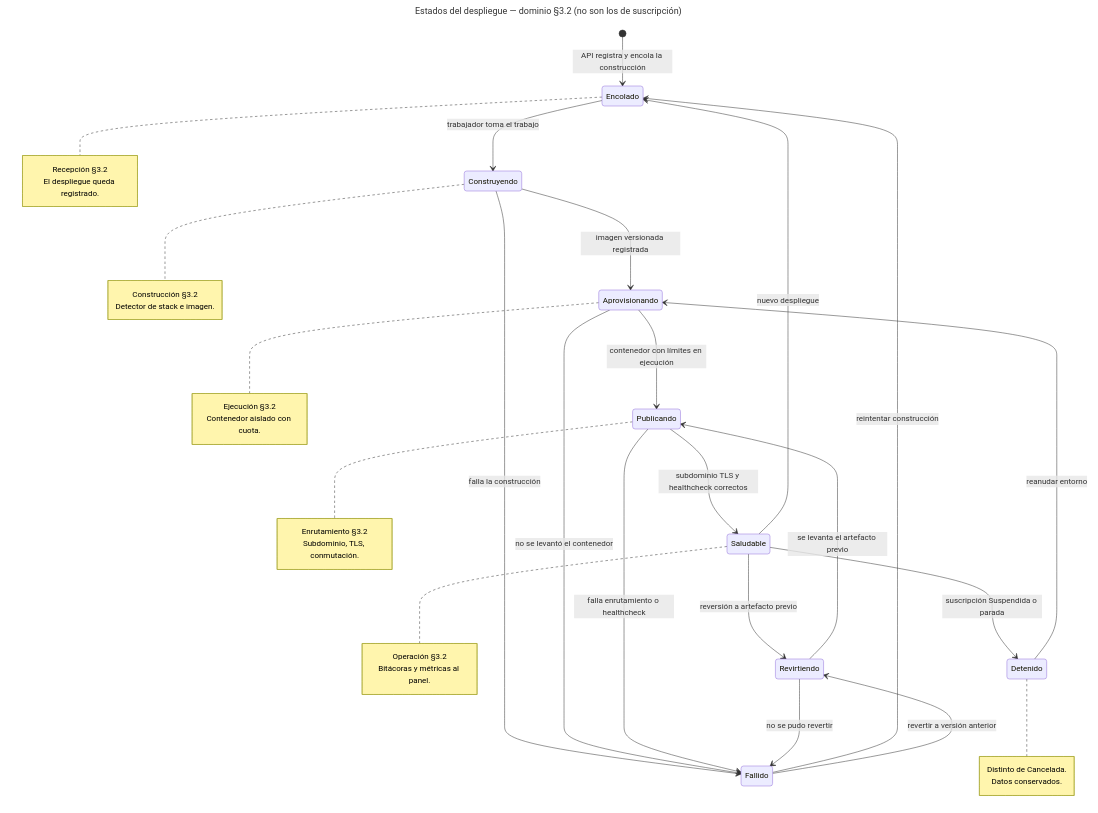
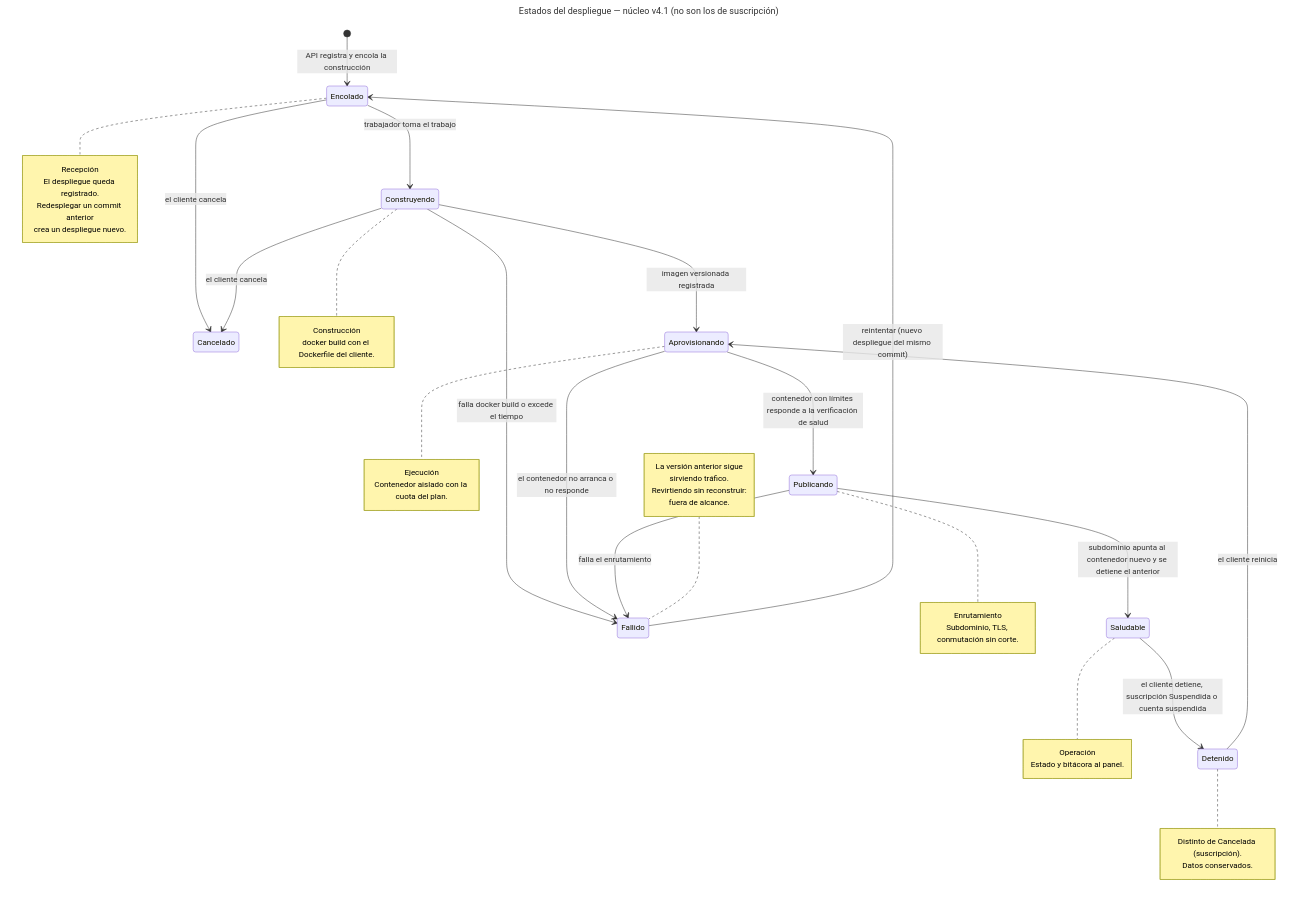
The diagram in docs/diagramas/m1-m10/m4-m5-m6-estados-despliegue.mmd (derekCmorales/deploya), drawn with Mermaid before and after one commit. The commit also changed 48 other files, not shown here.

First line of the commit message:
docs: reducir el alcance al núcleo de las pantallas v4.1

```diff
--- a/docs/diagramas/m1-m10/m4-m5-m6-estados-despliegue.mmd
+++ b/docs/diagramas/m1-m10/m4-m5-m6-estados-despliegue.mmd
@@ -1,51 +1,55 @@
 ---
-title: Estados del despliegue — dominio §3.2 (no son los de suscripción)
+title: Estados del despliegue — núcleo v4.1 (no son los de suscripción)
 ---
 stateDiagram-v2
     [*] --> Encolado : API registra y encola la construcción
 
     Encolado --> Construyendo : trabajador toma el trabajo
+    Encolado --> Cancelado : el cliente cancela
     Construyendo --> Aprovisionando : imagen versionada registrada
-    Construyendo --> Fallido : falla la construcción
+    Construyendo --> Fallido : falla docker build o excede el tiempo
+    Construyendo --> Cancelado : el cliente cancela
 
-    Aprovisionando --> Publicando : contenedor con límites en ejecución
-    Aprovisionando --> Fallido : no se levantó el contenedor
+    Aprovisionando --> Publicando : contenedor con límites responde a la verificación de salud
+    Aprovisionando --> Fallido : el contenedor no arranca o no responde
 
-    Publicando --> Saludable : subdominio TLS y healthcheck correctos
-    Publicando --> Fallido : falla enrutamiento o healthcheck
+    Publicando --> Saludable : subdominio apunta al contenedor nuevo y se detiene el anterior
+    Publicando --> Fallido : falla el enrutamiento
 
-    Saludable --> Encolado : nuevo despliegue
-    Saludable --> Revirtiendo : reversión a artefacto previo
-    Saludable --> Detenido : suscripción Suspendida o parada
+    Saludable --> Detenido : el cliente detiene, suscripción Suspendida o cuenta suspendida
 
-    Revirtiendo --> Publicando : se levanta el artefacto previo
-    Revirtiendo --> Fallido : no se pudo revertir
-
-    Detenido --> Aprovisionando : reanudar entorno
-    Fallido --> Encolado : reintentar construcción
-    Fallido --> Revirtiendo : revertir a versión anterior
+    Detenido --> Aprovisionando : el cliente reinicia
+    Fallido --> Encolado : reintentar (nuevo despliegue del mismo commit)
 
     note right of Encolado
-        Recepción §3.2
+        Recepción
         El despliegue queda registrado.
+        Redesplegar un commit anterior
+        crea un despliegue nuevo.
     end note
     note right of Construyendo
-        Construcción §3.2
-        Detector de stack e imagen.
+        Construcción
+        docker build con el Dockerfile del cliente.
     end note
     note right of Aprovisionando
-        Ejecución §3.2
-        Contenedor aislado con cuota.
+        Ejecución
+        Contenedor aislado con la cuota del plan.
     end note
     note right of Publicando
-        Enrutamiento §3.2
-        Subdominio, TLS, conmutación.
+        Enrutamiento
+        Subdominio, TLS, conmutación sin corte.
     end note
     note right of Saludable
-        Operación §3.2
-        Bitácoras y métricas al panel.
+        Operación
+        Estado y bitácora al panel.
     end note
     note right of Detenido
-        Distinto de Cancelada.
+        Distinto de Cancelada (suscripción).
         Datos conservados.
     end note
+    note left of Fallido
+        La versión anterior sigue
+        sirviendo tráfico.
+        Revirtiendo sin reconstruir:
+        fuera de alcance.
+    end note
```
